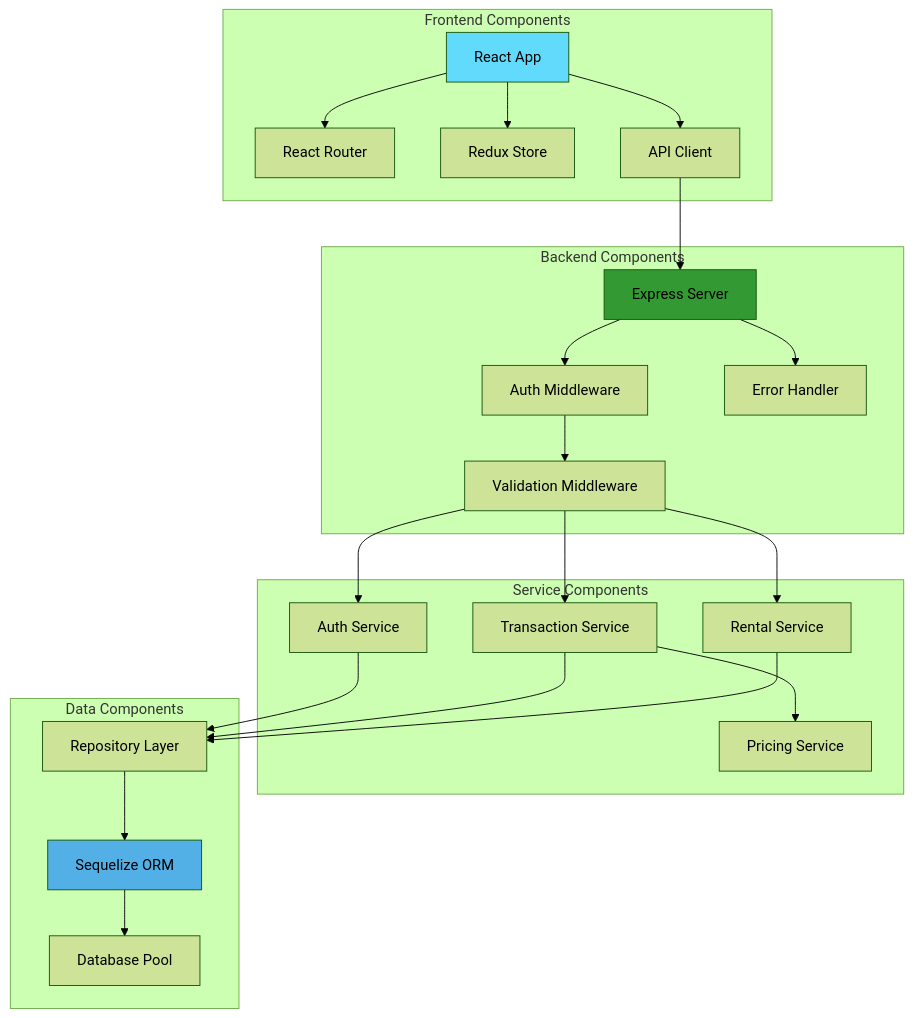
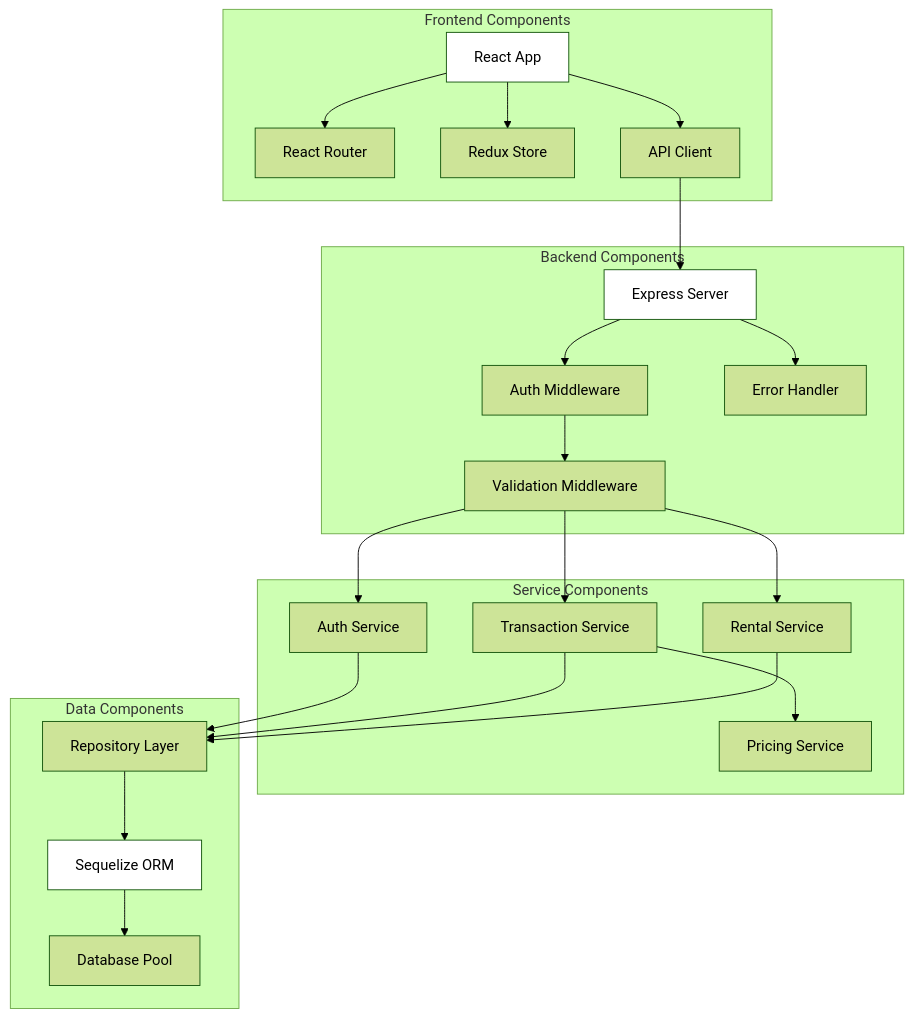
Diagram 15 of 23 in legacy/DIAGRAMS.md (MasterOz786/Re-Engineering-POS), drawn with Mermaid (forest theme) before and after one commit. The commit also changed other lines of this file, not shown here.

Commit message:
Update all diagrams to use white backgrounds

````diff
--- a/legacy/DIAGRAMS.md
+++ b/legacy/DIAGRAMS.md
@@ -1047,54 +1047,54 @@
 ```mermaid
 graph TB
     subgraph "Frontend Components"
         A[React App]
         B[React Router]
         C[Redux Store]
         D[API Client]
     end
     
     subgraph "Backend Components"
         E[Express Server]
         F[Auth Middleware]
         G[Validation Middleware]
         H[Error Handler]
     end
     
     subgraph "Service Components"
         I[Auth Service]
         J[Transaction Service]
         K[Pricing Service]
         L[Rental Service]
     end
     
     subgraph "Data Components"
         M[Sequelize ORM]
         N[Repository Layer]
         O[Database Pool]
     end
     
     A --> B
     A --> C
     A --> D
     
     D --> E
     E --> F
     F --> G
     G --> I
     G --> J
     G --> L
     
     I --> N
     J --> K
     J --> N
     L --> N
     
     N --> M
     M --> O
     
     E --> H
     
-    style A fill:#61dafb
-    style E fill:#339933
-    style M fill:#52b0e7
+    style A fill:#ffffff
+    style E fill:#ffffff
+    style M fill:#ffffff
 ```
````
